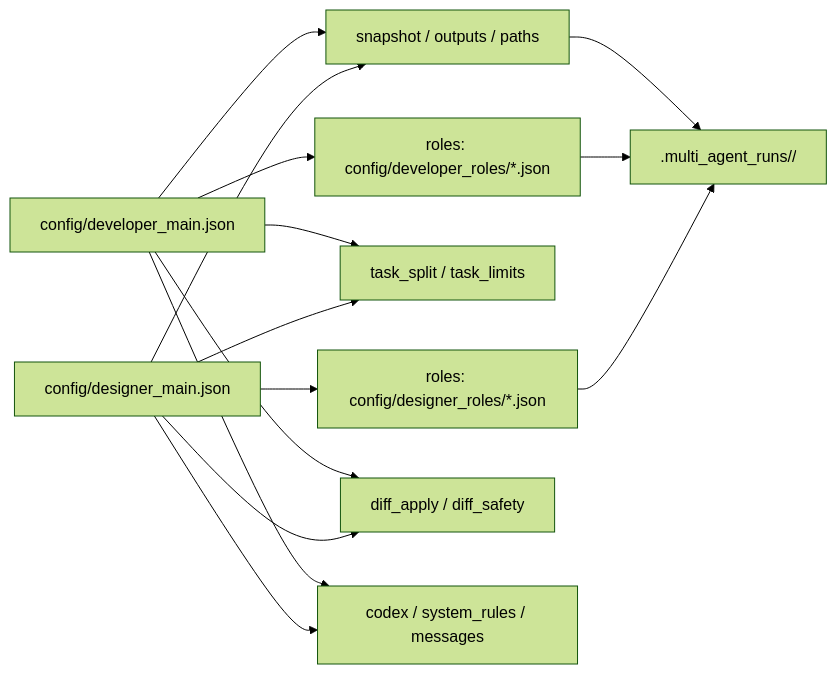
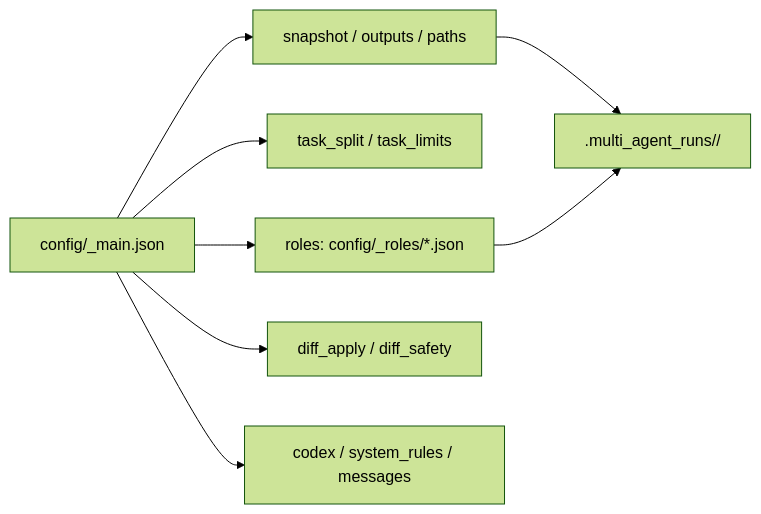
The first of 2 diagrams in README.md (CodeName-666/CodexCli-MultiAgent), drawn with Mermaid (forest theme) before and after one commit. The commit also changed other lines of this file and 40 other files, not shown here.

````diff
--- a/README.md
+++ b/README.md
@@ -187,16 +191,10 @@
 ```mermaid
 flowchart LR
-    A1[config/developer_main.json] --> B1[roles: config/developer_roles/*.json]
-    A2[config/designer_main.json] --> B2[roles: config/designer_roles/*.json]
-    A1 --> C[task_split / task_limits]
-    A2 --> C
-    A1 --> D[snapshot / outputs / paths]
-    A2 --> D
-    A1 --> E[diff_apply / diff_safety]
-    A2 --> E
-    A1 --> F[codex / system_rules / messages]
-    A2 --> F
+    A[config/<family>_main.json] --> B[roles: config/<family>_roles/*.json]
+    A --> C[task_split / task_limits]
+    A --> D[snapshot / outputs / paths]
+    A --> E[diff_apply / diff_safety]
+    A --> F[codex / system_rules / messages]
     D --> G[.multi_agent_runs/<run_id>/]
-    B1 --> G
-    B2 --> G
+    B --> G
 ```
````
